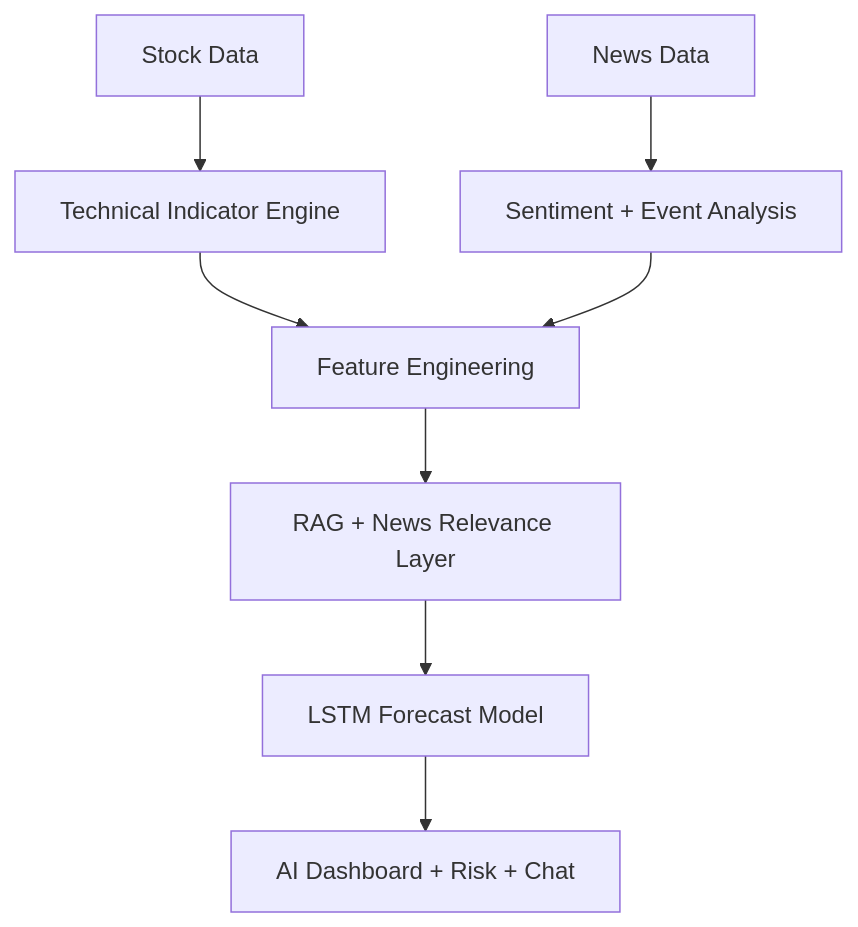
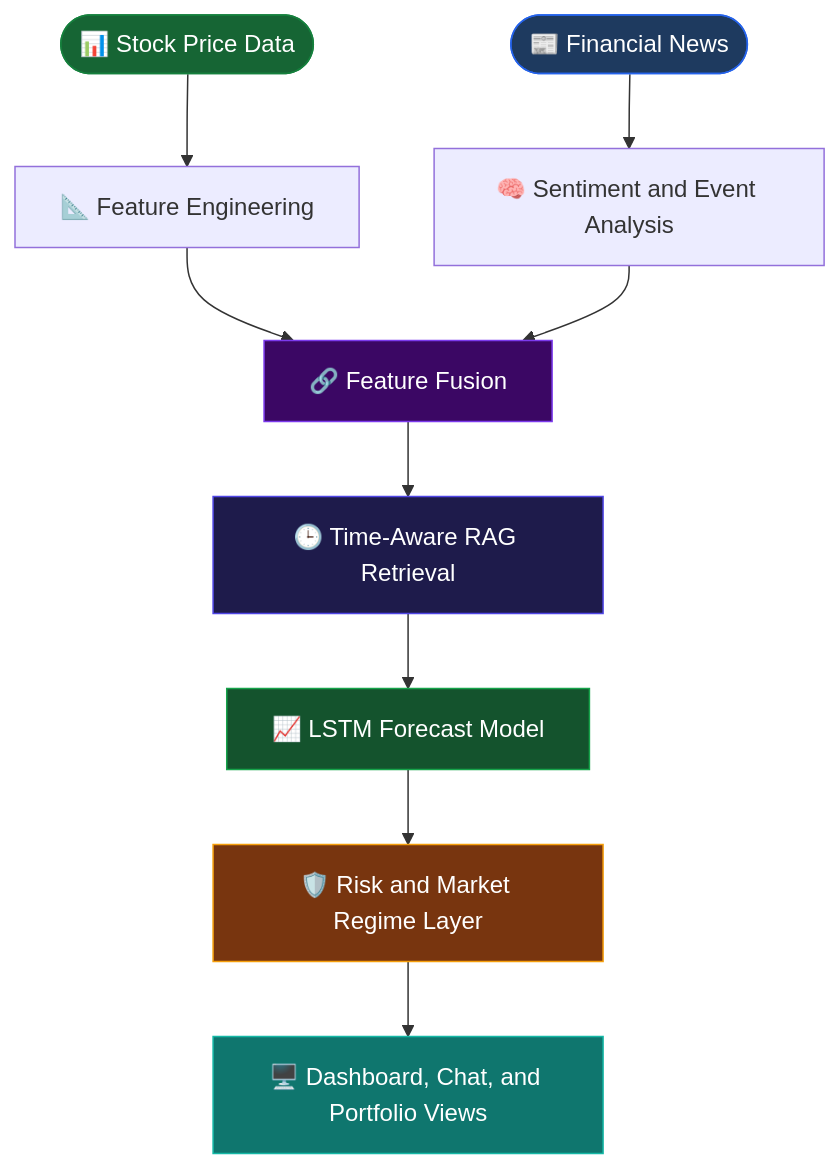
Before and after one commit to abhishek-ms-01/Stock_Market_Prediction: the first of 2 diagrams in README.md, drawn with Mermaid. The commit also changed other lines of this file, not shown here.

Commit message:
docs: redesign stock prediction README

````diff
--- a/README.md
+++ b/README.md
@@ -133,10 +164,19 @@
 ```mermaid
 flowchart TD
-    A[Stock Data] --> B[Technical Indicator Engine]
-    C[News Data] --> D[Sentiment + Event Analysis]
-    B --> E[Feature Engineering]
+    A([📊 Stock Price Data]) --> B[📐 Feature Engineering]
+    C([📰 Financial News]) --> D[🧠 Sentiment and Event Analysis]
+    B --> E[🔗 Feature Fusion]
     D --> E
-    E --> F[RAG + News Relevance Layer]
-    F --> G[LSTM Forecast Model]
-    G --> H[AI Dashboard + Risk + Chat]
+    E --> F[🕒 Time-Aware RAG Retrieval]
+    F --> G[📈 LSTM Forecast Model]
+    G --> H[🛡️ Risk and Market Regime Layer]
+    H --> I[🖥️ Dashboard, Chat, and Portfolio Views]
+
+    style A fill:#166534,color:#fff,stroke:#15803d
+    style C fill:#1e3a5f,color:#fff,stroke:#2563eb
+    style E fill:#3b0764,color:#fff,stroke:#7c3aed
+    style F fill:#1e1b4b,color:#fff,stroke:#4f46e5
+    style G fill:#14532d,color:#fff,stroke:#16a34a
+    style H fill:#78350f,color:#fff,stroke:#f59e0b
+    style I fill:#0f766e,color:#fff,stroke:#14b8a6
 ```
````
